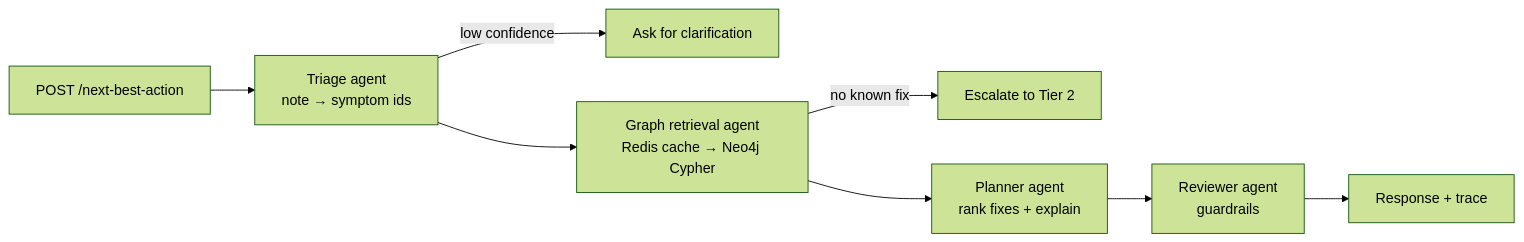
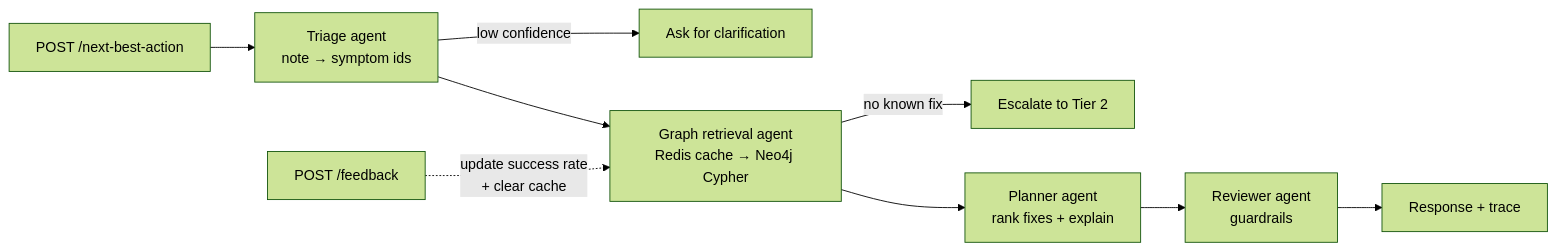
One commit to vikramb183/field-nba-agent changed the diagram in README.md. Above: the diagram before and after it, drawn with Mermaid (forest theme). The commit also changed other lines of this file and 1 other file, not shown here.

Commit message:
Add feedback loop docs and remaining changes

````diff
--- a/README.md
+++ b/README.md
@@ -11,10 +11,11 @@
 ```mermaid
 flowchart LR
     A[POST /next-best-action] --> T[Triage agent<br/>note → symptom ids]
     T -->|low confidence| C[Ask for clarification]
     T --> R[Graph retrieval agent<br/>Redis cache → Neo4j Cypher]
     R -->|no known fix| E[Escalate to Tier 2]
     R --> P[Planner agent<br/>rank fixes + explain]
     P --> V[Reviewer agent<br/>guardrails]
     V --> OUT[Response + trace]
+    F[POST /feedback] -.->|update success rate<br/>+ clear cache| R
 ```
````
